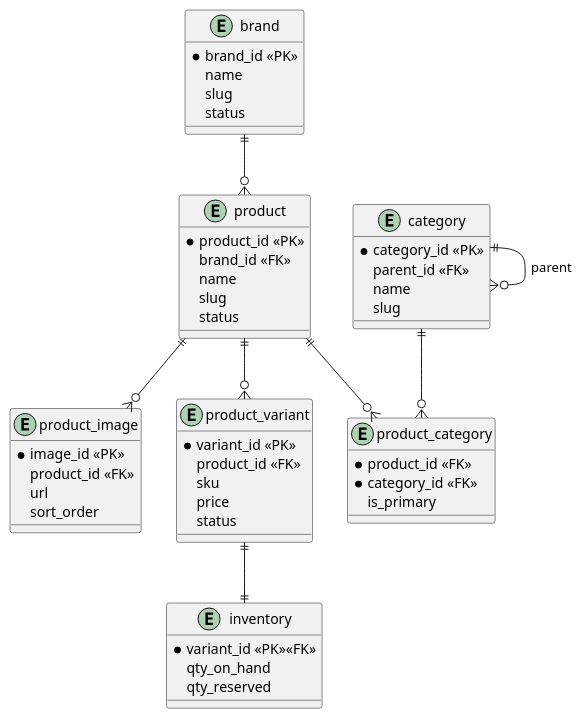
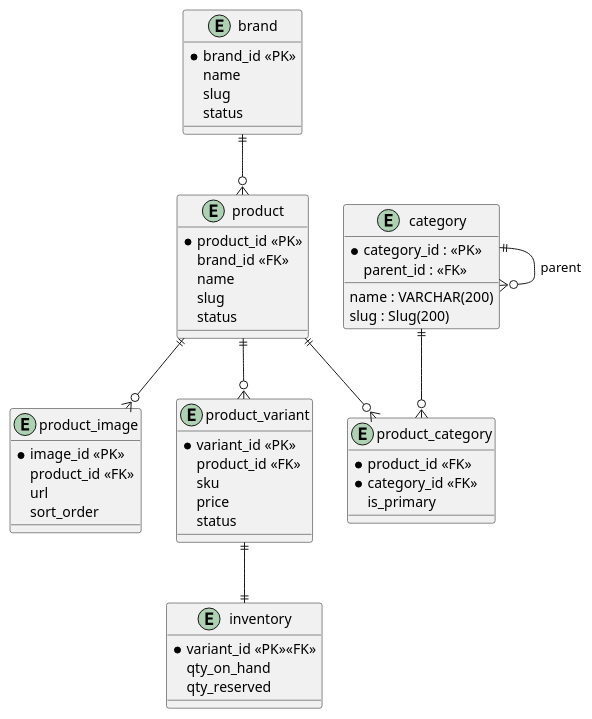
Before and after one commit to koojeongwoon/portfolio: the diagram in product/db/db.puml, drawn with PlantUML. The commit also changed 4 other files, not shown here.

```diff
--- a/product/db/db.puml
+++ b/product/db/db.puml
@@ -1,59 +1,59 @@
 @startuml 
 
 entity brand {
   *brand_id <<PK>>
   name
   slug
   status
 }
 
 entity category {
-  *category_id <<PK>>
-  parent_id <<FK>>
-  name
-  slug
+  *category_id : <<PK>>
+  parent_id : <<FK>>
+  name : VARCHAR(200)
+  slug : Slug(200)
 }
 
 entity product {
   *product_id <<PK>>
   brand_id <<FK>>
   name
   slug
   status
 }
 
 entity product_category {
   *product_id <<FK>>
   *category_id <<FK>>
   is_primary
 }
 
 entity product_image {
   *image_id <<PK>>
   product_id <<FK>>
   url
   sort_order
 }
 
 entity product_variant {
   *variant_id <<PK>>
   product_id <<FK>>
   sku
   price
   status
 }
 
 entity inventory {
   *variant_id <<PK>><<FK>>
   qty_on_hand
   qty_reserved
 }
 
 brand            ||--o{ product
 category         ||--o{ category : parent
 product          ||--o{ product_category
 category         ||--o{ product_category
 product          ||--o{ product_image
 product          ||--o{ product_variant
 product_variant  ||--|| inventory
 @enduml
```
